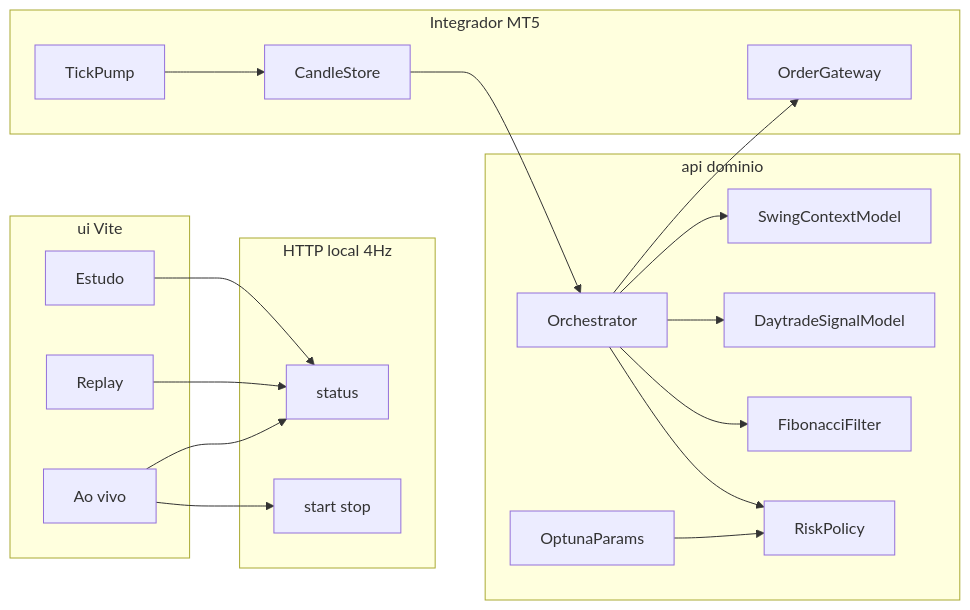
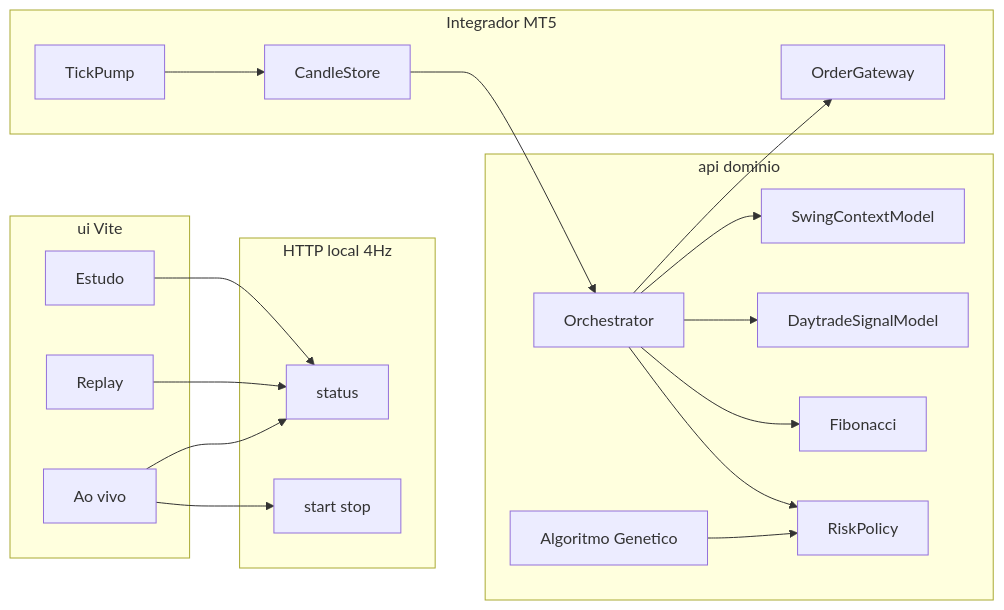
One commit to arthurmb98/koletivo-trader changed the diagram in docs/plano.md. Above: the diagram before and after it, drawn with Mermaid. The commit also changed other lines of this file and 34 other files, not shown here.

````diff
--- a/docs/plano.md
+++ b/docs/plano.md
@@ -31,37 +31,37 @@
 ```mermaid
 flowchart LR
   subgraph ui [ui Vite]
     Study[Estudo]
     Replay[Replay]
     Live[Ao vivo]
   end
   subgraph http [HTTP local 4Hz]
     Status[status]
     Arm[start stop]
   end
   subgraph core [api dominio]
     Orch[Orchestrator]
     Swing[SwingContextModel]
     Day[DaytradeSignalModel]
-    Params[OptunaParams]
-    Fib[FibonacciFilter]
+    GA[Algoritmo Genetico]
+    Fib[Fibonacci]
     Risk[RiskPolicy]
   end
   subgraph mt5 [Integrador MT5]
     Ticks[TickPump]
     Bars[CandleStore]
     Orders[OrderGateway]
   end
   Study --> Status
   Replay --> Status
   Live --> Status
   Live --> Arm
   Orch --> Swing
   Orch --> Day
   Orch --> Fib
   Orch --> Risk
   Orch --> Orders
   Ticks --> Bars
   Bars --> Orch
-  Params --> Risk
+  GA --> Risk
 ```
````
